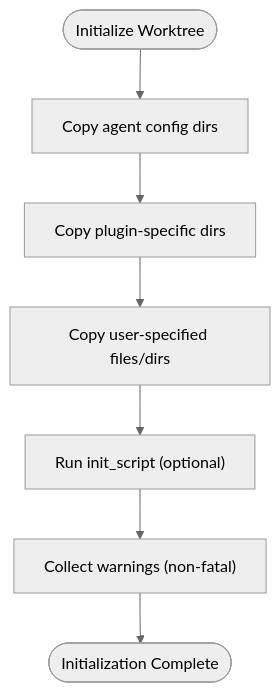
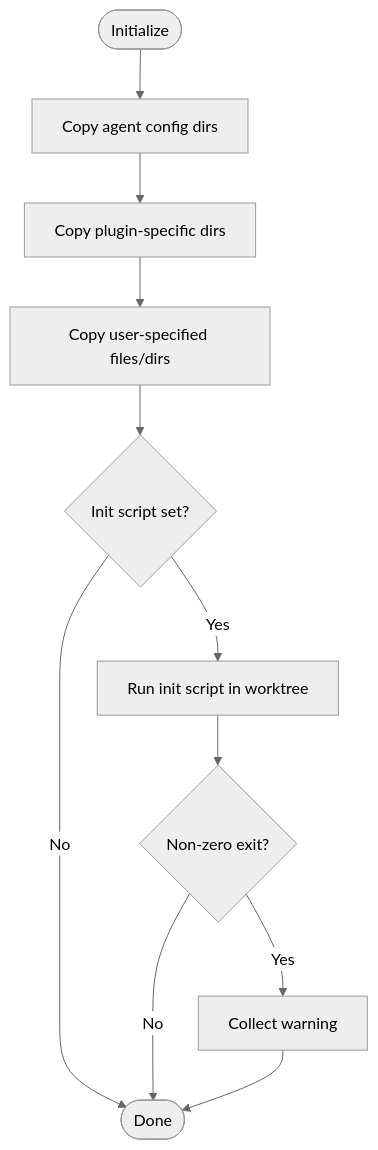
One commit to bramburn/agtx changed the fourth of 10 diagrams in .qoder/repowiki/en/content/Git Integration/Worktree Management.md. Above: the diagram before and after it, drawn with Mermaid (neutral theme). The commit also changed other lines of this file and 140 other files, not shown here.

````diff
--- a/.qoder/repowiki/en/content/Git Integration/Worktree Management.md
+++ b/.qoder/repowiki/en/content/Git Integration/Worktree Management.md
@@ -169,9 +187,13 @@
 ```mermaid
 flowchart TD
-InitStart(["Initialize Worktree"]) --> CopyAgentCfg["Copy agent config dirs"]
-CopyAgentCfg --> CopyPluginDirs["Copy plugin-specific dirs"]
-CopyPluginDirs --> CopyUserFiles["Copy user-specified files/dirs"]
-CopyUserFiles --> RunInitScript["Run init_script (optional)"]
-RunInitScript --> Warnings["Collect warnings (non-fatal)"]
-Warnings --> InitEnd(["Initialization Complete"])
+InitStart([Initialize]) --> CopyAgent["Copy agent config dirs"]
+CopyAgent --> CopyExtra["Copy plugin-specific dirs"]
+CopyExtra --> CopyUser["Copy user-specified files/dirs"]
+CopyUser --> InitScript{"Init script set?"}
+InitScript --> |Yes| RunScript["Run init script in worktree"]
+InitScript --> |No| Done([Done])
+RunScript --> Warns{"Non-zero exit?"}
+Warns --> |Yes| CollectWarn["Collect warning"]
+Warns --> |No| Done
+CollectWarn --> Done
 ```
````
